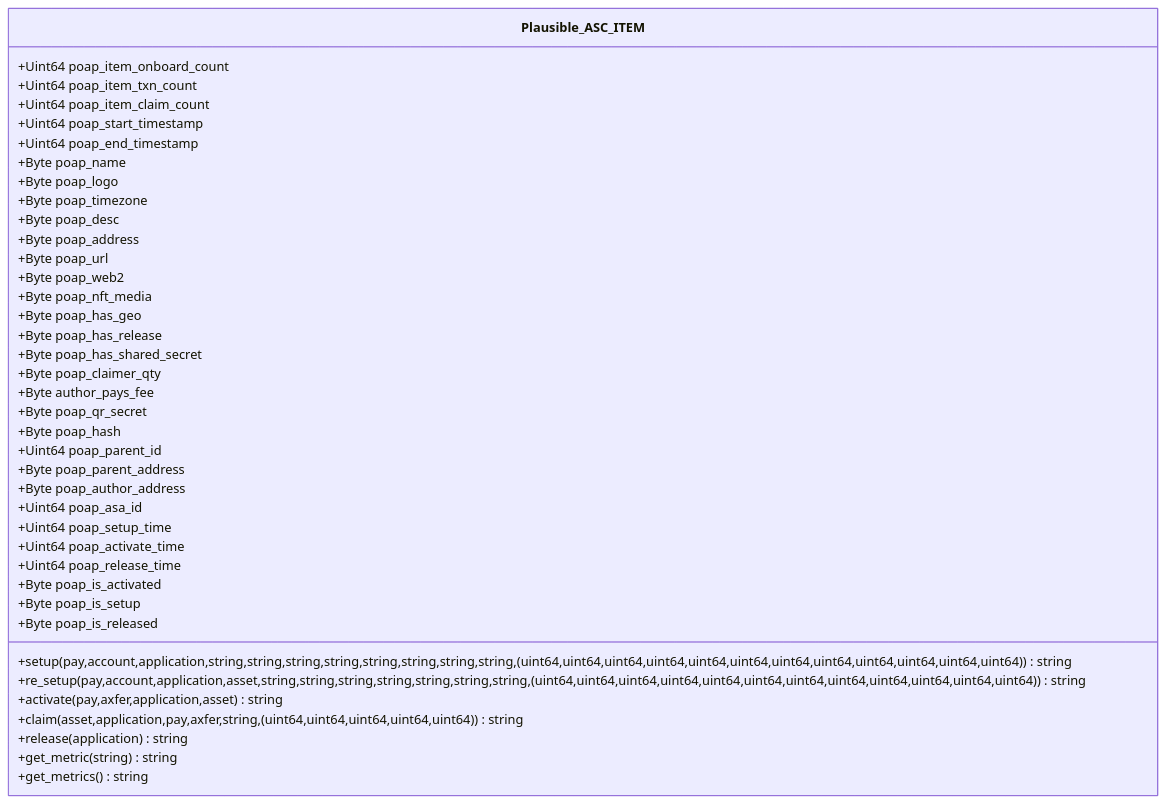
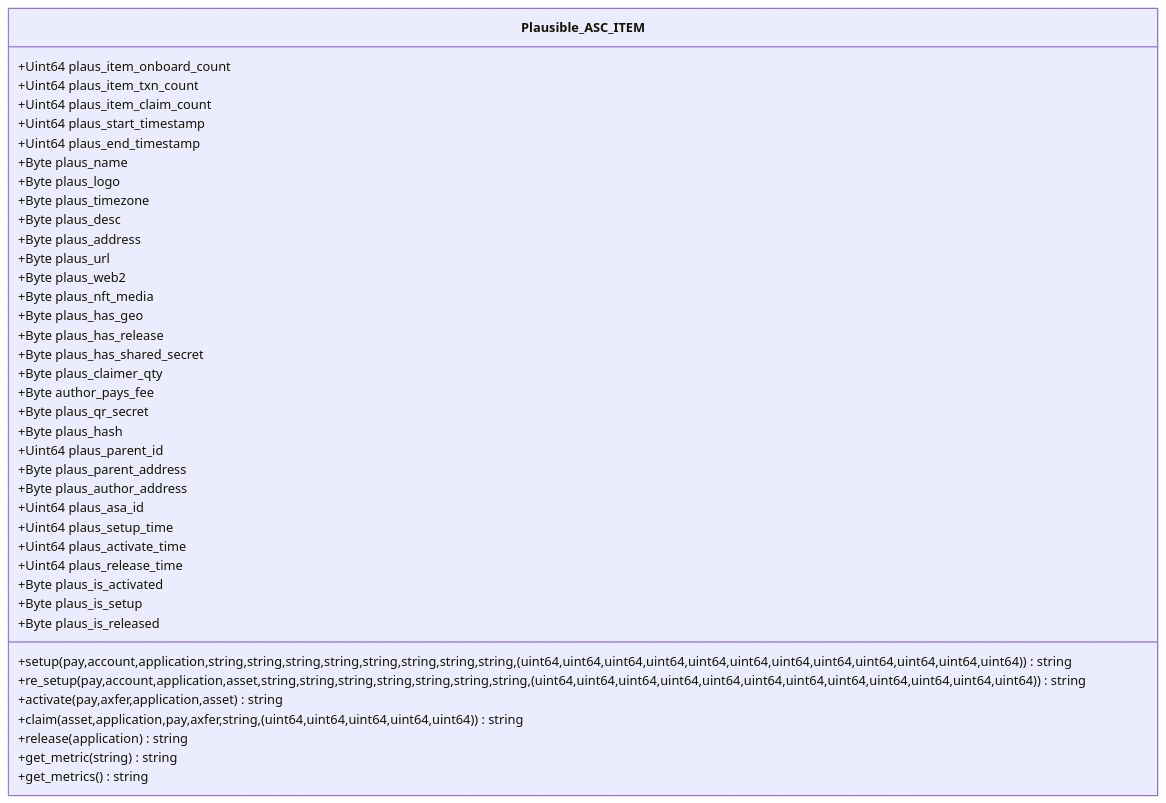
The eighth of 8 diagrams in profile/README.md (GoPlausible/.github), drawn with Mermaid before and after one commit. The commit also changed other lines of this file, not shown here.

````diff
--- a/profile/README.md
+++ b/profile/README.md
@@ -441,56 +441,56 @@
 ```mermaid
   classDiagram
     class Plausible_ASC_ITEM
 
-    Plausible_ASC_ITEM : +Uint64 poap_item_onboard_count
-    Plausible_ASC_ITEM : +Uint64 poap_item_txn_count
-    Plausible_ASC_ITEM : +Uint64 poap_item_claim_count
+    Plausible_ASC_ITEM : +Uint64 plaus_item_onboard_count
+    Plausible_ASC_ITEM : +Uint64 plaus_item_txn_count
+    Plausible_ASC_ITEM : +Uint64 plaus_item_claim_count
 
-    Plausible_ASC_ITEM : +Uint64 poap_start_timestamp
-    Plausible_ASC_ITEM : +Uint64 poap_end_timestamp
-    Plausible_ASC_ITEM : +Byte poap_name
-    Plausible_ASC_ITEM : +Byte poap_logo
-    Plausible_ASC_ITEM : +Byte poap_timezone
-    Plausible_ASC_ITEM : +Byte poap_desc
-    Plausible_ASC_ITEM : +Byte poap_address
-    Plausible_ASC_ITEM : +Byte poap_url
-    Plausible_ASC_ITEM : +Byte poap_web2
-    Plausible_ASC_ITEM : +Byte poap_nft_media
-    Plausible_ASC_ITEM : +Byte poap_has_geo
-    Plausible_ASC_ITEM : +Byte poap_has_release
-    Plausible_ASC_ITEM : +Byte poap_has_shared_secret
-    Plausible_ASC_ITEM : +Byte poap_claimer_qty
+    Plausible_ASC_ITEM : +Uint64 plaus_start_timestamp
+    Plausible_ASC_ITEM : +Uint64 plaus_end_timestamp
+    Plausible_ASC_ITEM : +Byte plaus_name
+    Plausible_ASC_ITEM : +Byte plaus_logo
+    Plausible_ASC_ITEM : +Byte plaus_timezone
+    Plausible_ASC_ITEM : +Byte plaus_desc
+    Plausible_ASC_ITEM : +Byte plaus_address
+    Plausible_ASC_ITEM : +Byte plaus_url
+    Plausible_ASC_ITEM : +Byte plaus_web2
+    Plausible_ASC_ITEM : +Byte plaus_nft_media
+    Plausible_ASC_ITEM : +Byte plaus_has_geo
+    Plausible_ASC_ITEM : +Byte plaus_has_release
+    Plausible_ASC_ITEM : +Byte plaus_has_shared_secret
+    Plausible_ASC_ITEM : +Byte plaus_claimer_qty
     Plausible_ASC_ITEM : +Byte author_pays_fee
-    Plausible_ASC_ITEM : +Byte poap_qr_secret
-    Plausible_ASC_ITEM : +Byte poap_hash
+    Plausible_ASC_ITEM : +Byte plaus_qr_secret
+    Plausible_ASC_ITEM : +Byte plaus_hash
 
 
-    Plausible_ASC_ITEM : +Uint64 poap_parent_id
-    Plausible_ASC_ITEM : +Byte poap_parent_address
-    Plausible_ASC_ITEM : +Byte poap_author_address
-    Plausible_ASC_ITEM : +Uint64 poap_asa_id
+    Plausible_ASC_ITEM : +Uint64 plaus_parent_id
+    Plausible_ASC_ITEM : +Byte plaus_parent_address
+    Plausible_ASC_ITEM : +Byte plaus_author_address
+    Plausible_ASC_ITEM : +Uint64 plaus_asa_id
 
-    Plausible_ASC_ITEM : +Uint64 poap_setup_time
-    Plausible_ASC_ITEM : +Uint64 poap_activate_time
-    Plausible_ASC_ITEM : +Uint64 poap_release_time
+    Plausible_ASC_ITEM : +Uint64 plaus_setup_time
+    Plausible_ASC_ITEM : +Uint64 plaus_activate_time
+    Plausible_ASC_ITEM : +Uint64 plaus_release_time
 
 
-     Plausible_ASC_ITEM : +Byte poap_is_activated
-    Plausible_ASC_ITEM : +Byte poap_is_setup
-    Plausible_ASC_ITEM : +Byte poap_is_released
+     Plausible_ASC_ITEM : +Byte plaus_is_activated
+    Plausible_ASC_ITEM : +Byte plaus_is_setup
+    Plausible_ASC_ITEM : +Byte plaus_is_released
 
 
 
  
 
     Plausible_ASC_ITEM : +setup(pay,account,application,string,string,string,string,string,string,string,string,(uint64,uint64,uint64,uint64,uint64,uint64,uint64,uint64,uint64,uint64,uint64,uint64))string
     Plausible_ASC_ITEM : +re_setup(pay,account,application,asset,string,string,string,string,string,string,string,(uint64,uint64,uint64,uint64,uint64,uint64,uint64,uint64,uint64,uint64,uint64,uint64))string
     Plausible_ASC_ITEM : +activate(pay,axfer,application,asset)string
     Plausible_ASC_ITEM : +claim(asset,application,pay,axfer,string,(uint64,uint64,uint64,uint64,uint64))string
     Plausible_ASC_ITEM : +release(application)string
     Plausible_ASC_ITEM : +get_metric(string)string
     Plausible_ASC_ITEM : +get_metrics()string
     
   
     
 ```
````
